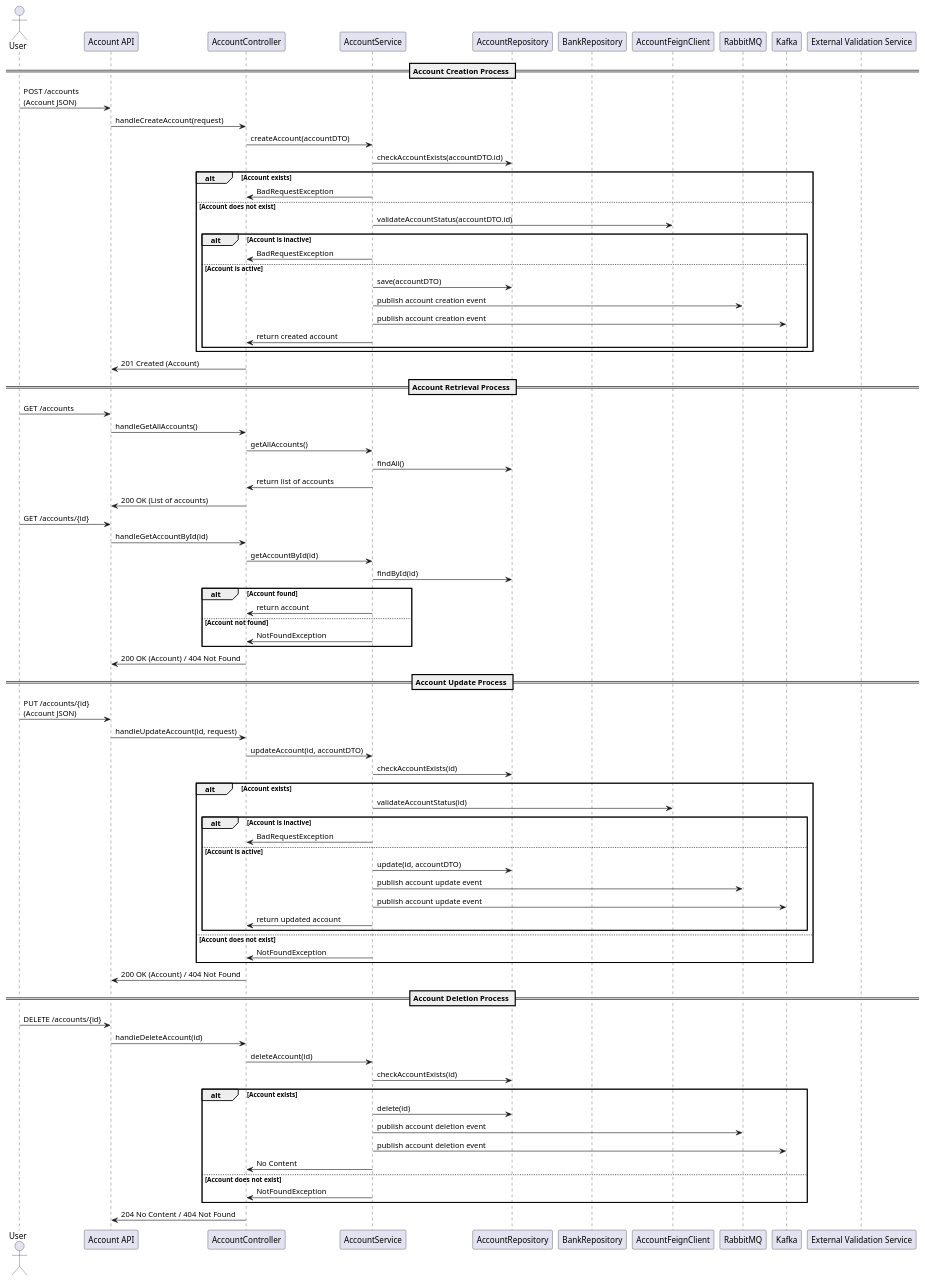
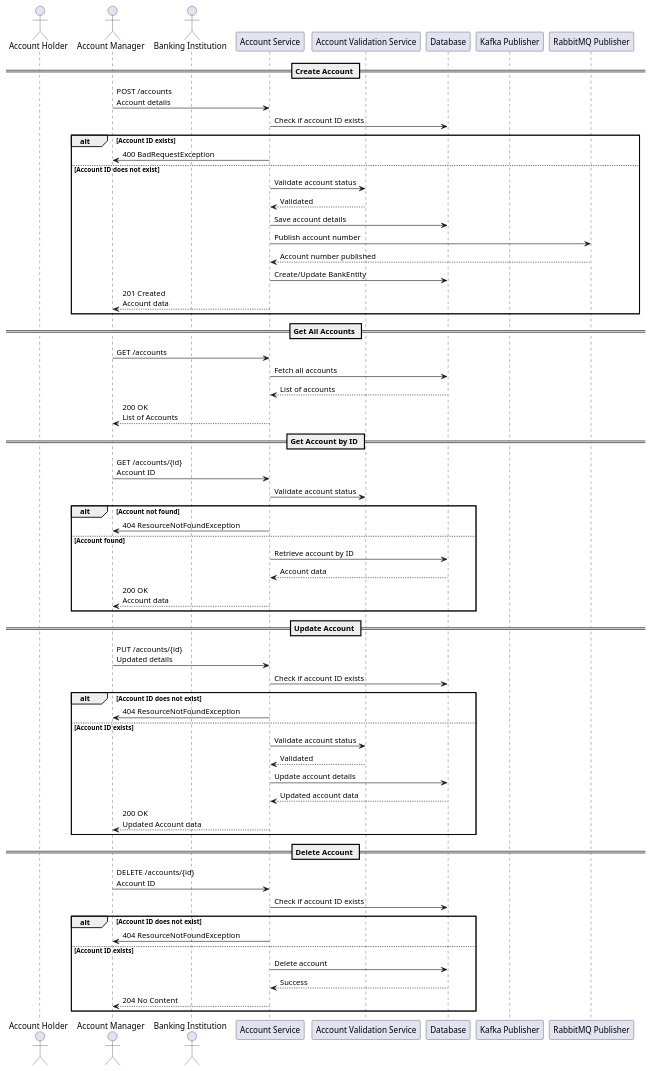
The diagram in GeneratedDesignDocument/AccountService_1.md (Bhaskar-Pavan/AccountService), drawn with PlantUML before and after one commit. The commit also changed other lines of this file, not shown here.

````diff
--- a/GeneratedDesignDocument/AccountService_1.md
+++ b/GeneratedDesignDocument/AccountService_1.md
@@ -47,90 +37,70 @@
 ```plantuml
 @startuml
 
-actor User
-participant "Account API" as API
-participant "AccountController" as Controller
-participant "AccountService" as Service
-participant "AccountRepository" as AccountRepo
-participant "BankRepository" as BankRepo
-participant "AccountFeignClient" as FeignClient
-participant "RabbitMQ" as RabbitMQ
-participant "Kafka" as Kafka
-participant "External Validation Service" as ExternalService
+actor "Account Holder" as AH
+actor "Account Manager" as AM
+actor "Banking Institution" as BI
+participant "Account Service" as AS
+participant "Account Validation Service" as AVS
+participant "Database" as DB
+participant "Kafka Publisher" as KP
+participant "RabbitMQ Publisher" as RP
 
-== Account Creation Process ==
-User -> API : POST /accounts\n(Account JSON)
-API -> Controller : handleCreateAccount(request)
-Controller -> Service : createAccount(accountDTO)
-Service -> AccountRepo : checkAccountExists(accountDTO.id)
-alt Account exists
-    Service -> Controller : BadRequestException
-else Account does not exist
-    Service -> FeignClient : validateAccountStatus(accountDTO.id)
-    alt Account is inactive
-        Service -> Controller : BadRequestException
-    else Account is active
-        Service -> AccountRepo : save(accountDTO)
-        Service -> RabbitMQ : publish account creation event
-        Service -> Kafka : publish account creation event
-        Service -> Controller : return created account
-    end
+== Create Account ==
+AM -> AS : POST /accounts\nAccount details
+AS -> DB : Check if account ID exists
+alt Account ID exists
+    AS -> AM : 400 BadRequestException
+else Account ID does not exist
+    AS -> AVS : Validate account status
+    AVS --> AS : Validated
+    AS -> DB : Save account details
+    AS -> RP : Publish account number
+    RP --> AS : Account number published
+    AS -> DB : Create/Update BankEntity
+    AS --> AM : 201 Created\nAccount data
 end
-Controller -> API : 201 Created (Account)
 
-== Account Retrieval Process ==
-User -> API : GET /accounts
-API -> Controller : handleGetAllAccounts()
-Controller -> Service : getAllAccounts()
-Service -> AccountRepo : findAll()
-Service -> Controller : return list of accounts
-Controller -> API : 200 OK (List of accounts)
+== Get All Accounts ==
+AM -> AS : GET /accounts
+AS -> DB : Fetch all accounts
+DB --> AS : List of accounts
+AS --> AM : 200 OK\nList of Accounts
 
-User -> API : GET /accounts/{id}
-API -> Controller : handleGetAccountById(id)
-Controller -> Service : getAccountById(id)
-Service -> AccountRepo : findById(id)
-alt Account found
-    Service -> Controller : return account
-else Account not found
-    Service -> Controller : NotFoundException
+== Get Account by ID ==
+AM -> AS : GET /accounts/{id}\nAccount ID
+AS -> AVS : Validate account status
+alt Account not found
+    AS -> AM : 404 ResourceNotFoundException
+else Account found
+    AS -> DB : Retrieve account by ID
+    DB --> AS : Account data
+    AS --> AM : 200 OK\nAccount data
 end
-Controller -> API : 200 OK (Account) / 404 Not Found
 
-== Account Update Process ==
-User -> API : PUT /accounts/{id}\n(Account JSON)
-API -> Controller : handleUpdateAccount(id, request)
-Controller -> Service : updateAccount(id, accountDTO)
-Service -> AccountRepo : checkAccountExists(id)
-alt Account exists
-    Service -> FeignClient : validateAccountStatus(id)
-    alt Account is inactive
-        Service -> Controller : BadRequestException
-    else Account is active
-        Service -> AccountRepo : update(id, accountDTO)
-        Service -> RabbitMQ : publish account update event
-        Service -> Kafka : publish account update event
-        Service -> Controller : return updated account
-    end
-else Account does not exist
-    Service -> Controller : NotFoundException
+== Update Account ==
+AM -> AS : PUT /accounts/{id}\nUpdated details
+AS -> DB : Check if account ID exists
+alt Account ID does not exist
+    AS -> AM : 404 ResourceNotFoundException
+else Account ID exists
+    AS -> AVS : Validate account status
+    AVS --> AS : Validated
+    AS -> DB : Update account details
+    DB --> AS : Updated account data
+    AS --> AM : 200 OK\nUpdated Account data
 end
-Controller -> API : 200 OK (Account) / 404 Not Found
 
-== Account Deletion Process ==
-User -> API : DELETE /accounts/{id}
-API -> Controller : handleDeleteAccount(id)
-Controller -> Service : deleteAccount(id)
-Service -> AccountRepo : checkAccountExists(id)
-alt Account exists
-    Service -> AccountRepo : delete(id)
-    Service -> RabbitMQ : publish account deletion event
-    Service -> Kafka : publish account deletion event
-    Service -> Controller : No Content
-else Account does not exist
-    Service -> Controller : NotFoundException
+== Delete Account ==
+AM -> AS : DELETE /accounts/{id}\nAccount ID
+AS -> DB : Check if account ID exists
+alt Account ID does not exist
+    AS -> AM : 404 ResourceNotFoundException
+else Account ID exists
+    AS -> DB : Delete account
+    DB --> AS : Success
+    AS --> AM : 204 No Content
 end
-Controller -> API : 204 No Content / 404 Not Found
 
 @enduml
 ```
````
